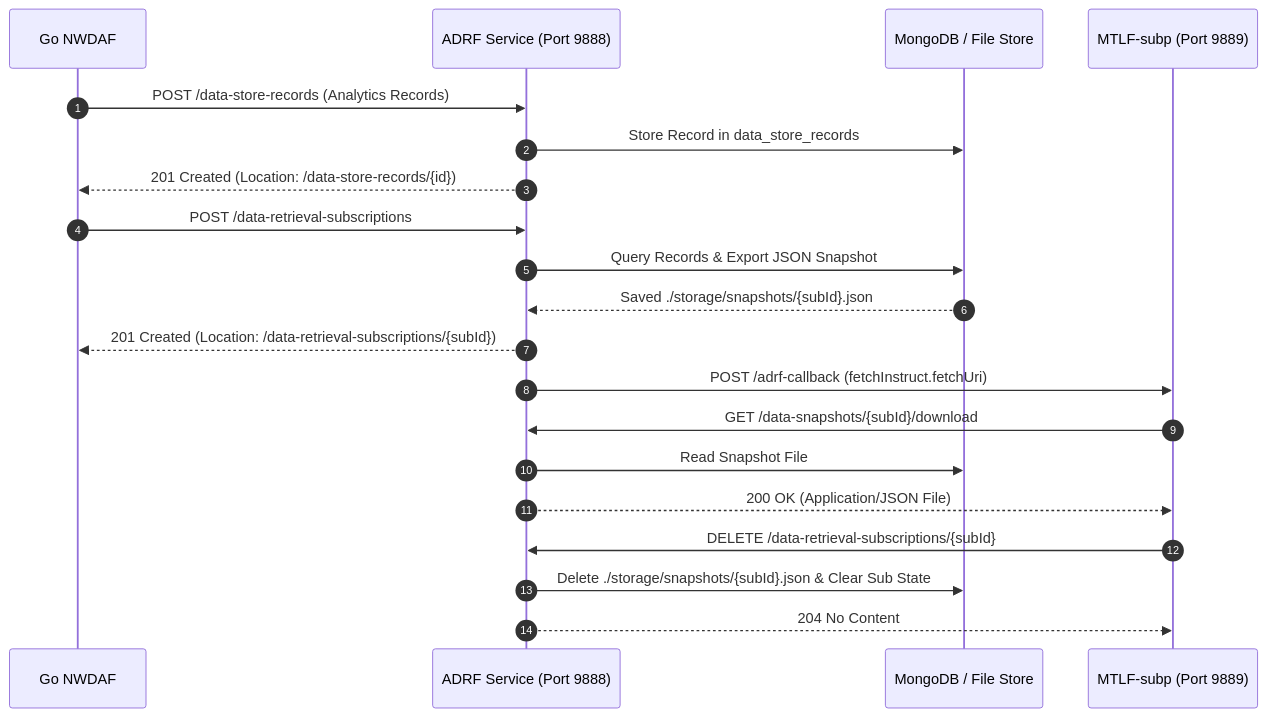
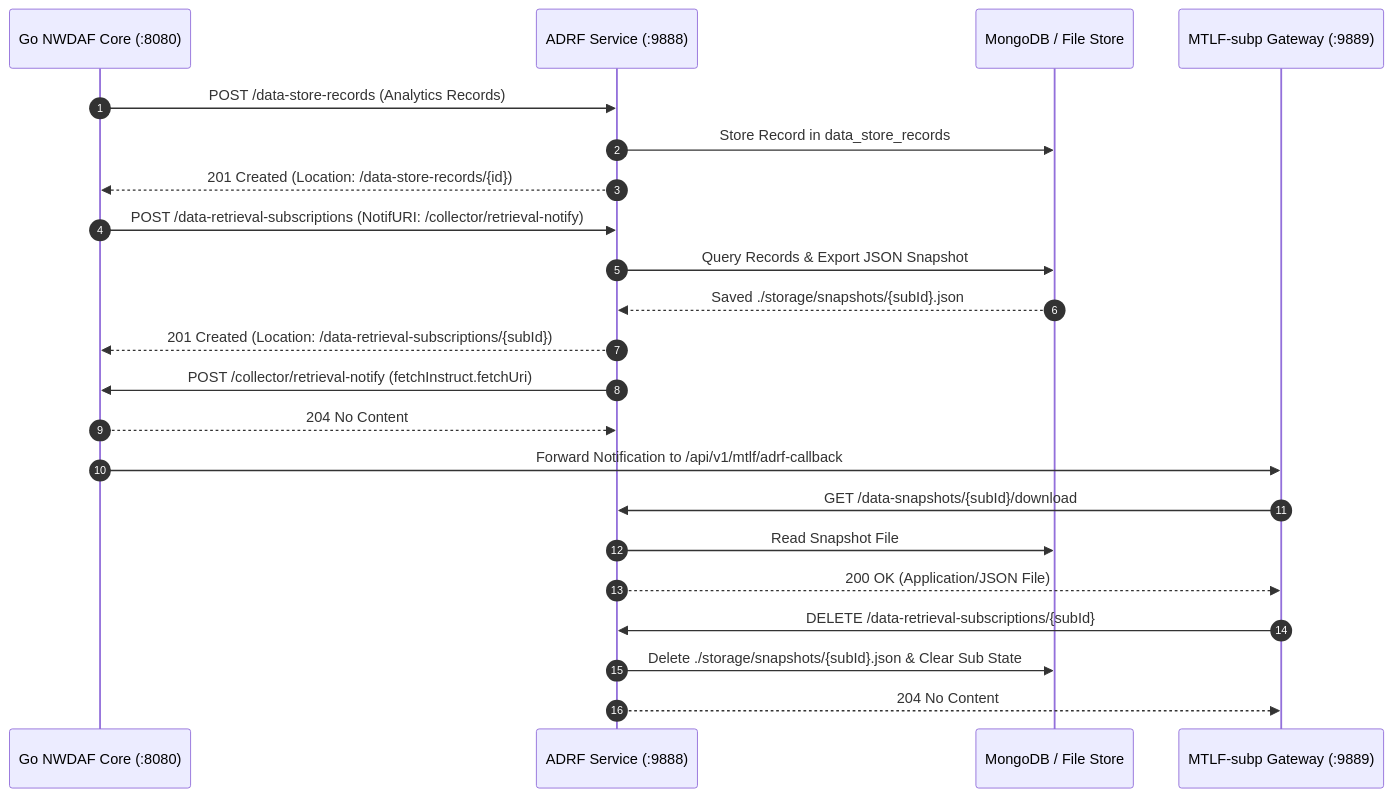
Before and after one commit to Intelligent-Systems-Lab/adrf: the second of 2 diagrams in README.md, drawn with Mermaid. The commit also changed other lines of this file, not shown here.

Commit message:
docs: correct ADRF notification routing to show Go NWDAF receiving and forwarding

````diff
--- a/README.md
+++ b/README.md
@@ -30,26 +31,29 @@
 ```mermaid
 sequenceDiagram
     autonumber
-    participant NWDAF as Go NWDAF
-    participant ADRF as ADRF Service (Port 9888)
+    participant NWDAF as Go NWDAF Core (:8080)
+    participant ADRF as ADRF Service (:9888)
     participant Mongo as MongoDB / File Store
-    participant MTLF as MTLF-subp (Port 9889)
+    participant MTLF as MTLF-subp Gateway (:9889)
 
     NWDAF->>ADRF: POST /data-store-records (Analytics Records)
     ADRF->>Mongo: Store Record in data_store_records
     ADRF-->>NWDAF: 201 Created (Location: /data-store-records/{id})
 
-    NWDAF->>ADRF: POST /data-retrieval-subscriptions
+    NWDAF->>ADRF: POST /data-retrieval-subscriptions (NotifURI: /collector/retrieval-notify)
     ADRF->>Mongo: Query Records & Export JSON Snapshot
     Mongo-->>ADRF: Saved ./storage/snapshots/{subId}.json
     ADRF-->>NWDAF: 201 Created (Location: /data-retrieval-subscriptions/{subId})
 
-    ADRF->>MTLF: POST /adrf-callback (fetchInstruct.fetchUri)
+    ADRF->>NWDAF: POST /collector/retrieval-notify (fetchInstruct.fetchUri)
+    NWDAF-->>ADRF: 204 No Content
+    NWDAF->>MTLF: Forward Notification to /api/v1/mtlf/adrf-callback
+
     MTLF->>ADRF: GET /data-snapshots/{subId}/download
     ADRF->>Mongo: Read Snapshot File
     ADRF-->>MTLF: 200 OK (Application/JSON File)
 
     MTLF->>ADRF: DELETE /data-retrieval-subscriptions/{subId}
     ADRF->>Mongo: Delete ./storage/snapshots/{subId}.json & Clear Sub State
     ADRF-->>MTLF: 204 No Content
 ```
````
